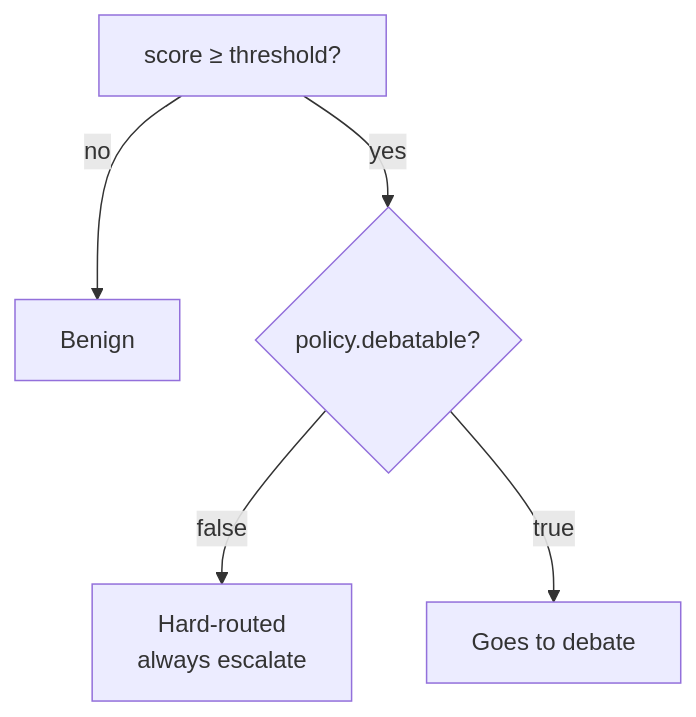
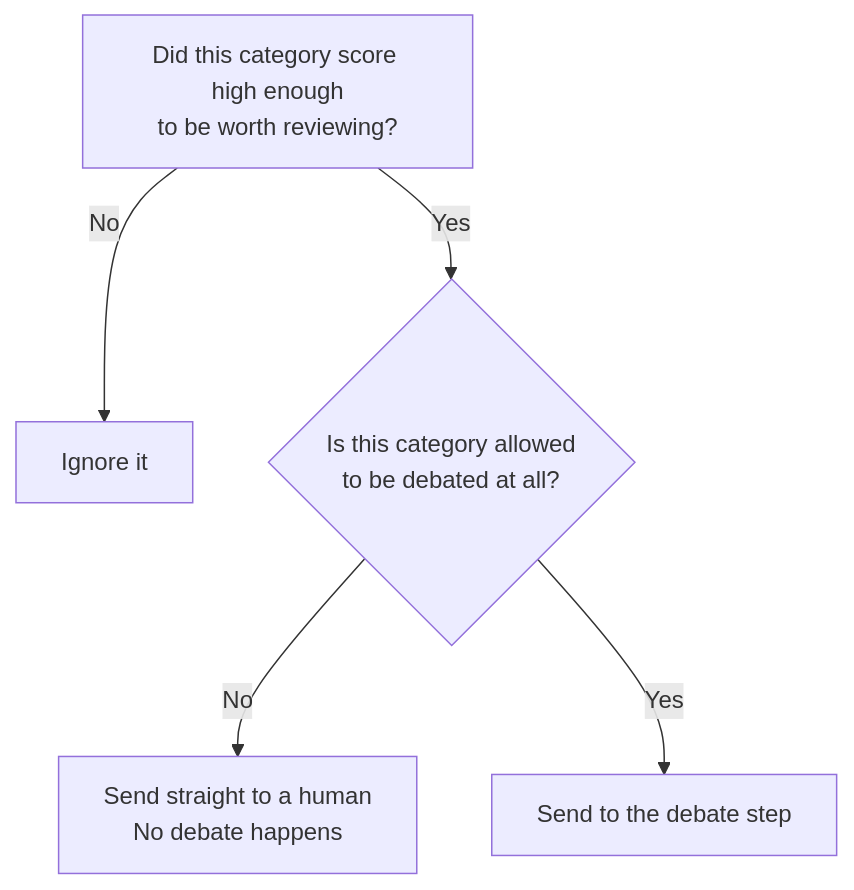
The second of 3 diagrams in docs/HOW_IT_WORKS.md (harineek24/ModAgent), drawn with Mermaid before and after one commit. The commit also changed other lines of this file, not shown here.

````diff
--- a/docs/HOW_IT_WORKS.md
+++ b/docs/HOW_IT_WORKS.md
@@ -49,7 +58,7 @@
 ```mermaid
 flowchart TD
-    S[score ≥ threshold?] -->|no| Benign
-    S -->|yes| D{policy.debatable?}
-    D -->|false| HR[Hard-routed\nalways escalate]
-    D -->|true| DB[Goes to debate]
+    S["Did this category score high enough\nto be worth reviewing?"] -->|No| Benign[Ignore it]
+    S -->|Yes| D{"Is this category allowed\nto be debated at all?"}
+    D -->|No| HR["Send straight to a human\nNo debate happens"]
+    D -->|Yes| DB[Send to the debate step]
 ```
````
